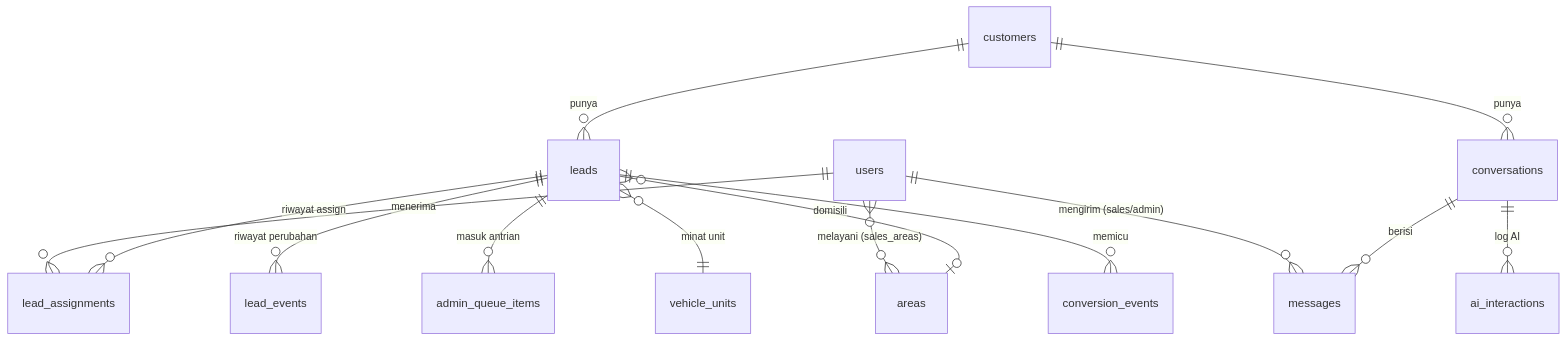
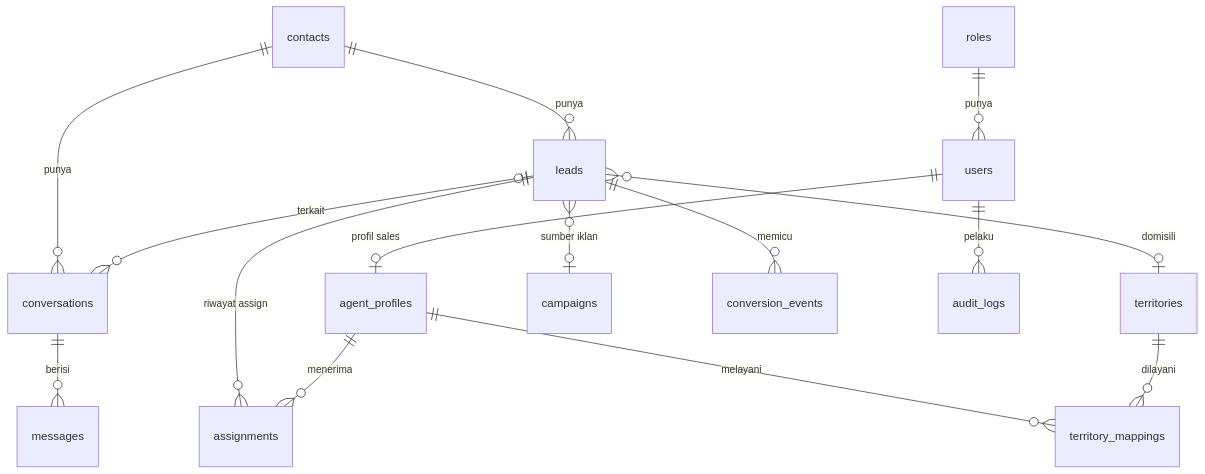
The diagram in docs/DATABASE_DESIGN.md (rezaalvinff/dipo-ai-lead-management), drawn with Mermaid before and after one commit. The commit also changed other lines of this file and 98 other files, not shown here.

````diff
--- a/docs/DATABASE_DESIGN.md
+++ b/docs/DATABASE_DESIGN.md
@@ -19,16 +20,17 @@
 ```mermaid
 erDiagram
-    users ||--o{ lead_assignments : "menerima"
-    users ||--o{ messages : "mengirim (sales/admin)"
-    users }o--o{ areas : "melayani (sales_areas)"
-    customers ||--o{ leads : "punya"
-    customers ||--o{ conversations : "punya"
+    roles ||--o{ users : "punya"
+    users ||--o| agent_profiles : "profil sales"
+    agent_profiles ||--o{ territory_mappings : "melayani"
+    territories ||--o{ territory_mappings : "dilayani"
+    contacts ||--o{ leads : "punya"
+    contacts ||--o{ conversations : "punya"
     conversations ||--o{ messages : "berisi"
-    leads ||--o{ lead_assignments : "riwayat assign"
-    leads ||--o{ lead_events : "riwayat perubahan"
-    leads ||--o{ admin_queue_items : "masuk antrian"
-    leads }o--|| vehicle_units : "minat unit"
-    leads }o--o| areas : "domisili"
+    leads |o--o{ conversations : "terkait"
+    leads ||--o{ assignments : "riwayat assign"
+    agent_profiles ||--o{ assignments : "menerima"
+    leads }o--o| territories : "domisili"
+    leads }o--o| campaigns : "sumber iklan"
     leads ||--o{ conversion_events : "memicu"
-    conversations ||--o{ ai_interactions : "log AI"
+    users ||--o{ audit_logs : "pelaku"
 ```
````
